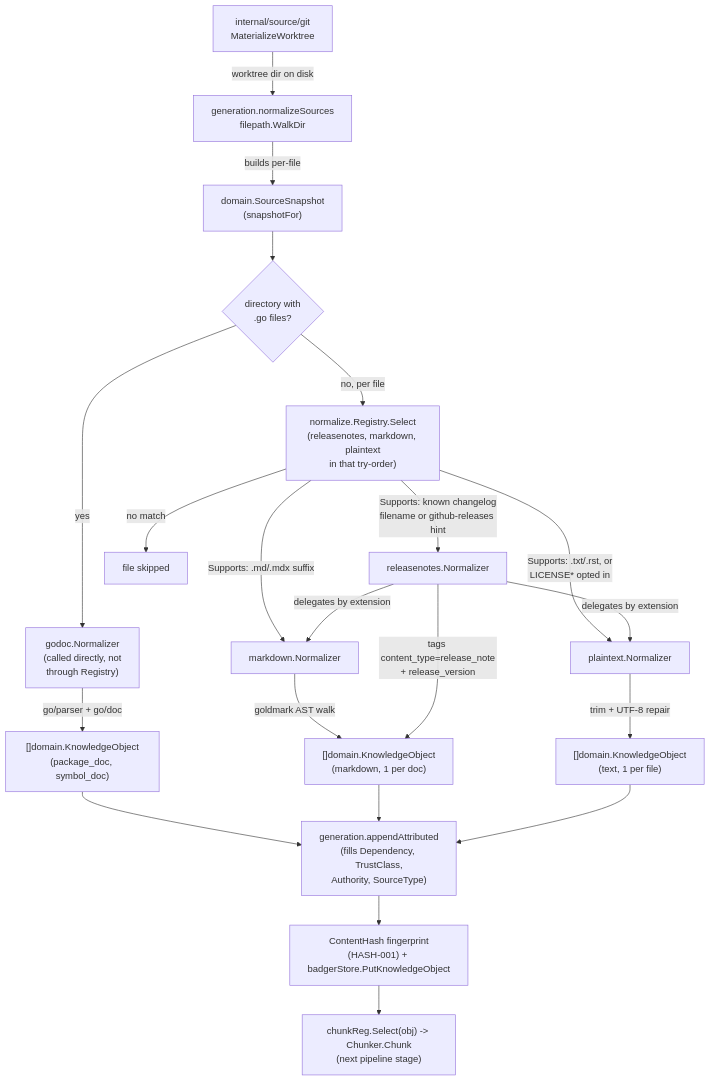
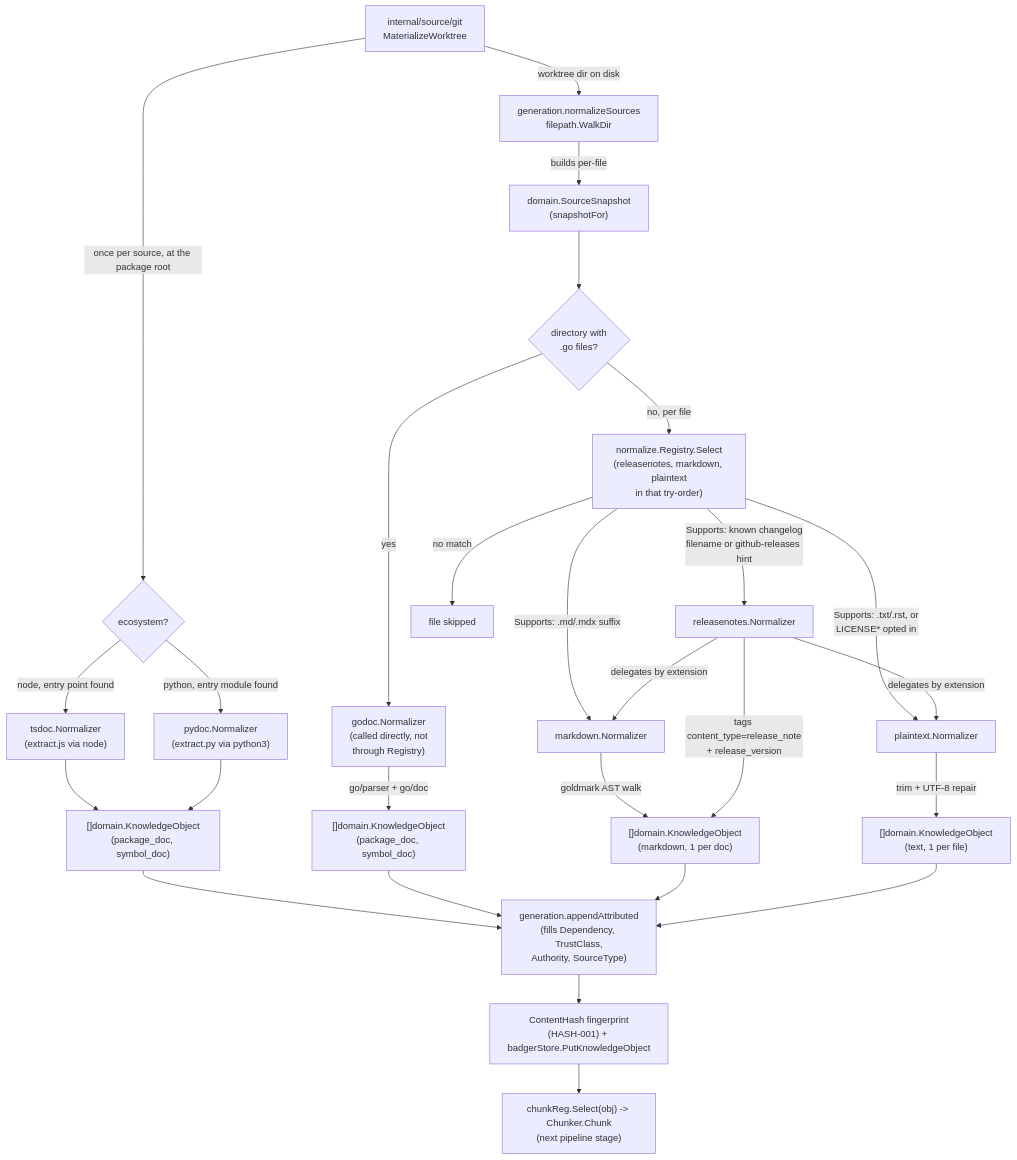
Before and after one commit to aleutian-ai/depctl: the diagram in docs/internal/normalize.md, drawn with Mermaid. The commit also changed other lines of this file and 114 other files, not shown here.

Commit message:
v0.3.1: per-generation layout shrinks keyword.db ~4x and vectors.db ~2.5x (auto-converted); scope latest/all-retained search to the active build; docs pass at package, project and repo level

````diff
--- a/docs/internal/normalize.md
+++ b/docs/internal/normalize.md
@@ -51,28 +70,35 @@
 ```mermaid
 flowchart TD
     GIT["internal/source/git\nMaterializeWorktree"] -->|worktree dir on disk| WALK["generation.normalizeSources\nfilepath.WalkDir"]
     WALK -->|builds per-file| SNAP["domain.SourceSnapshot\n(snapshotFor)"]
+
+    GIT -->|once per source, at the package root| PKG{"ecosystem?"}
+    PKG -->|node, entry point found| TSDOC["tsdoc.Normalizer\n(extract.js via node)"]
+    PKG -->|python, entry module found| PYDOC["pydoc.Normalizer\n(extract.py via python3)"]
+    TSDOC --> KO4["[]domain.KnowledgeObject\n(package_doc, symbol_doc)"]
+    PYDOC --> KO4
+    KO4 --> ATTR
 
     SNAP --> DIRCHECK{"directory with\n.go files?"}
     DIRCHECK -->|yes| GODOC["godoc.Normalizer\n(called directly, not\nthrough Registry)"]
     DIRCHECK -->|no, per file| REG["normalize.Registry.Select\n(releasenotes, markdown, plaintext\nin that try-order)"]
 
     REG -->|Supports: known changelog\nfilename or github-releases hint| RN["releasenotes.Normalizer"]
     REG -->|Supports: .md/.mdx suffix| MD["markdown.Normalizer"]
     REG -->|Supports: .txt/.rst, or\nLICENSE* opted in| PT["plaintext.Normalizer"]
     REG -->|no match| SKIP["file skipped"]
 
     RN -->|delegates by extension| MD
     RN -->|delegates by extension| PT
 
     GODOC -->|go/parser + go/doc| KO1["[]domain.KnowledgeObject\n(package_doc, symbol_doc)"]
     MD -->|goldmark AST walk| KO2["[]domain.KnowledgeObject\n(markdown, 1 per doc)"]
     PT -->|trim + UTF-8 repair| KO3["[]domain.KnowledgeObject\n(text, 1 per file)"]
     RN -->|tags content_type=release_note\n+ release_version| KO2
 
     KO1 --> ATTR["generation.appendAttributed\n(fills Dependency, TrustClass,\nAuthority, SourceType)"]
     KO2 --> ATTR
     KO3 --> ATTR
     ATTR --> HASH["ContentHash fingerprint\n(HASH-001) + badgerStore.PutKnowledgeObject"]
     HASH --> CHUNK["chunkReg.Select(obj) -> Chunker.Chunk\n(next pipeline stage)"]
 ```
````
